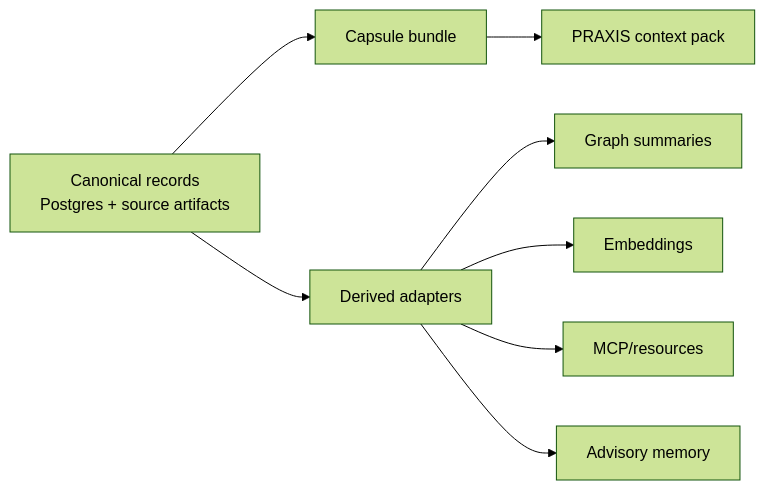
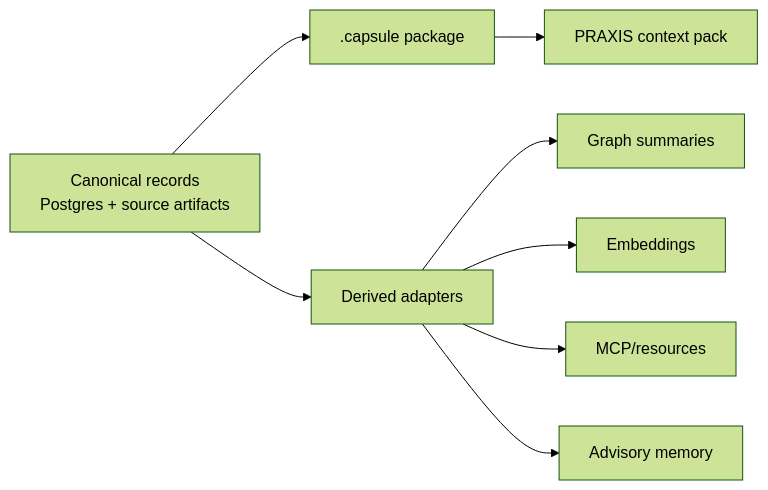
One commit to sargonxg/A3_DIALECTICAbyTACITUS_v3 changed the second of 3 diagrams in README.md. Above: the diagram before and after it, drawn with Mermaid (forest theme). The commit also changed other lines of this file and 54 other files, not shown here.

````diff
--- a/README.md
+++ b/README.md
@@ -324,10 +329,10 @@
 ```mermaid
 flowchart LR
-  Canonical["Canonical records<br/>Postgres + source artifacts"] --> Export["Capsule bundle"]
+Canonical["Canonical records<br/>Postgres + source artifacts"] --> Export[".capsule package"]
   Canonical --> Derived["Derived adapters"]
   Derived --> Graph["Graph summaries"]
   Derived --> Vector["Embeddings"]
   Derived --> MCP["MCP/resources"]
   Derived --> Memory["Advisory memory"]
   Export --> PraxisPack["PRAXIS context pack"]
 ```
````
